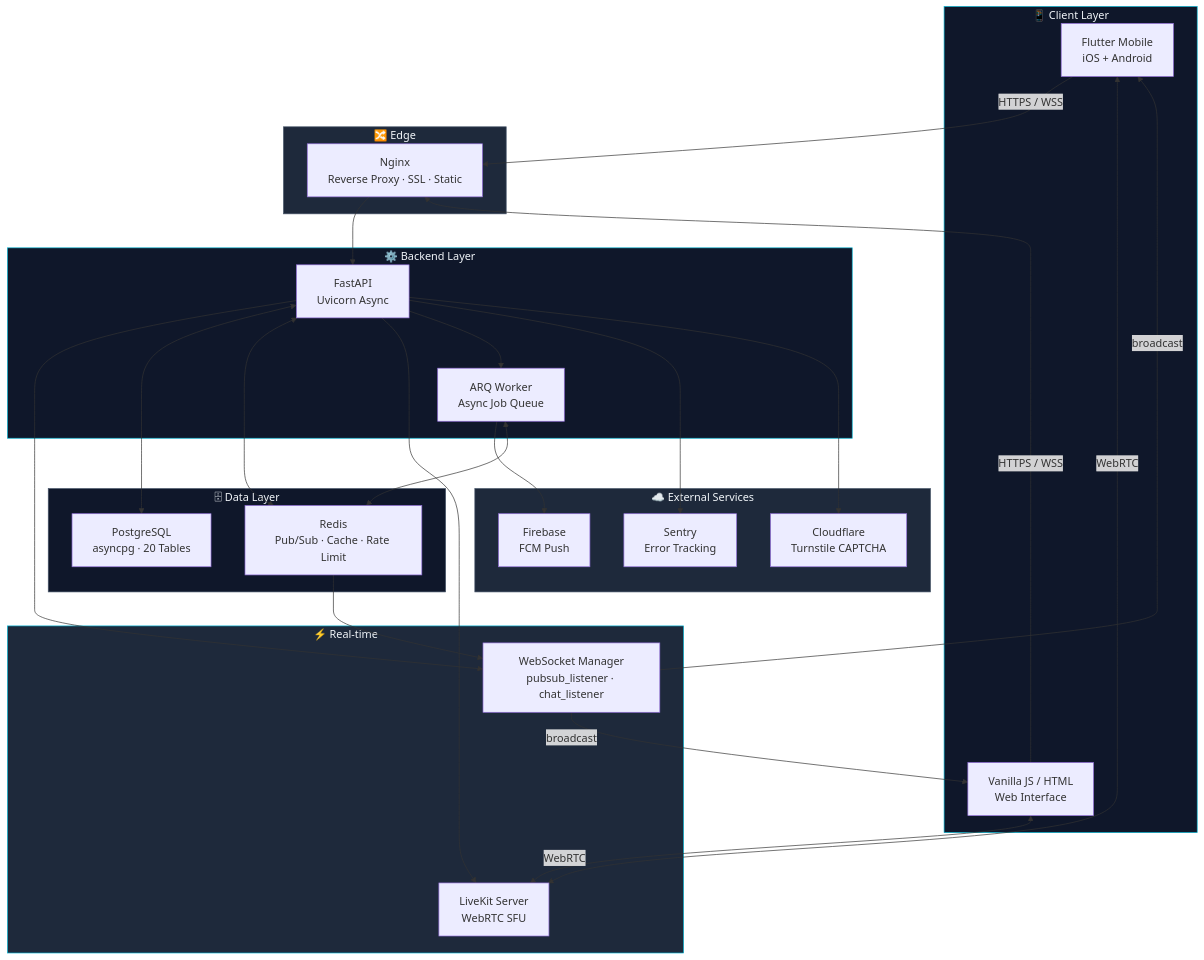
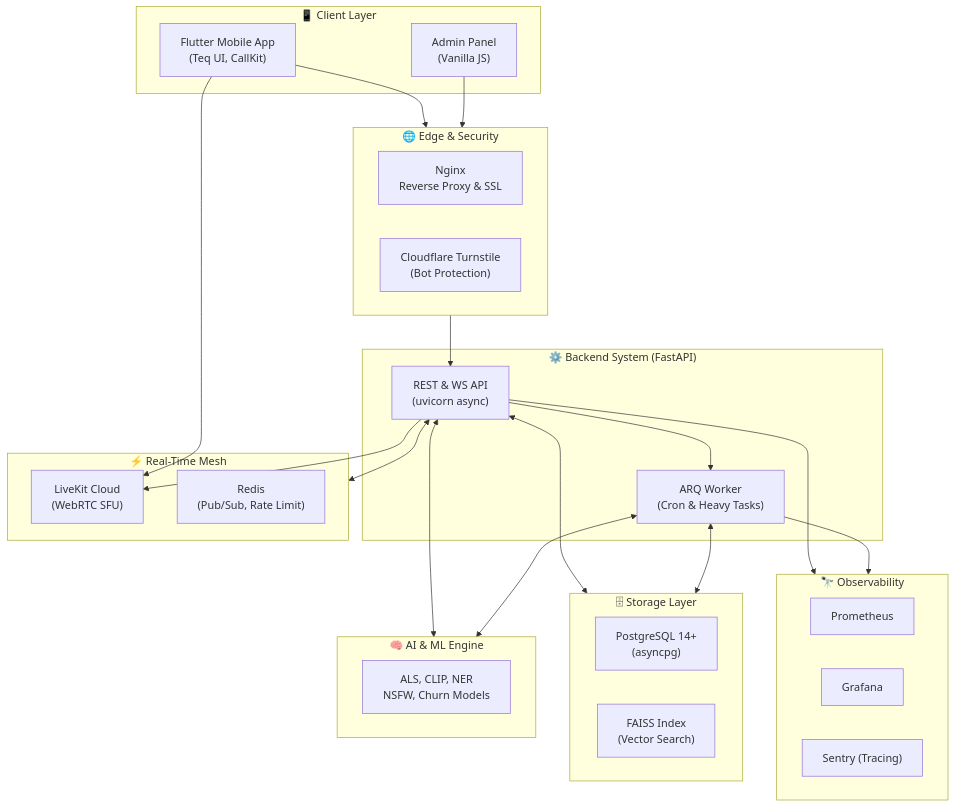
Before and after one commit to tucibeyin/teqlif: the diagram in README.md, drawn with Mermaid. The commit also changed other lines of this file, not shown here.

````diff
--- a/README.md
+++ b/README.md
@@ -45,57 +35,52 @@
 ```mermaid
 graph TB
     subgraph CLIENTS["📱 Client Layer"]
-        MOB["Flutter Mobile<br/>iOS + Android"]
-        WEB["Vanilla JS / HTML<br/>Web Interface"]
+        MOB["Flutter Mobile App\n(Teq UI, CallKit)"]
+        WEB["Admin Panel\n(Vanilla JS)"]
     end
 
-    subgraph EDGE["🔀 Edge"]
-        NGINX["Nginx<br/>Reverse Proxy · SSL · Static"]
+    subgraph EDGE["🌐 Edge & Security"]
+        NGINX["Nginx\nReverse Proxy & SSL"]
+        CF["Cloudflare Turnstile\n(Bot Protection)"]
     end
 
-    subgraph BACKEND["⚙️ Backend Layer"]
-        API["FastAPI<br/>Uvicorn Async"]
-        WORKER["ARQ Worker<br/>Async Job Queue"]
+    subgraph BACKEND["⚙️ Backend System (FastAPI)"]
+        API["REST & WS API\n(uvicorn async)"]
+        WORKER["ARQ Worker\n(Cron & Heavy Tasks)"]
     end
 
-    subgraph REALTIME["⚡ Real-time"]
-        WS["WebSocket Manager<br/>pubsub_listener · chat_listener"]
-        LK["LiveKit Server<br/>WebRTC SFU"]
+    subgraph REALTIME["⚡ Real-Time Mesh"]
+        LK["LiveKit Cloud\n(WebRTC SFU)"]
+        RD["Redis\n(Pub/Sub, Rate Limit)"]
     end
 
-    subgraph DATA["🗄 Data Layer"]
-        PG["PostgreSQL<br/>asyncpg · 20 Tables"]
-        RD["Redis<br/>Pub/Sub · Cache · Rate Limit"]
+    subgraph AI_ML["🧠 AI & ML Engine"]
+        MODELS["ALS, CLIP, NER\nNSFW, Churn Models"]
     end
 
-    subgraph EXTERNAL["☁️ External Services"]
-        FB["Firebase<br/>FCM Push"]
-        ST["Sentry<br/>Error Tracking"]
-        CF["Cloudflare<br/>Turnstile CAPTCHA"]
+    subgraph DATA["🗄 Storage Layer"]
+        PG["PostgreSQL 14+\n(asyncpg)"]
+        FAISS["FAISS Index\n(Vector Search)"]
     end
 
-    MOB -->|HTTPS / WSS| NGINX
-    WEB -->|HTTPS / WSS| NGINX
-    NGINX --> API
-    API --> WS
-    API <--> PG
-    API <--> RD
-    RD --> WS
-    WS -->|broadcast| MOB
-    WS -->|broadcast| WEB
+    subgraph OBSERVE["🔭 Observability"]
+        PROM["Prometheus"]
+        GRAF["Grafana"]
+        SENTRY["Sentry (Tracing)"]
+    end
+
+    MOB --> EDGE
+    WEB --> EDGE
+    EDGE --> API
+    API --> WORKER
+    API <--> REALTIME
+    API <--> AI_ML
+    API <--> DATA
+    WORKER <--> AI_ML
+    WORKER <--> DATA
+    
+    API --> OBSERVE
+    WORKER --> OBSERVE
+    MOB --> LK
     API --> LK
-    MOB <-->|WebRTC| LK
-    WEB <-->|WebRTC| LK
-    WORKER --> FB
-    WORKER <--> RD
-    API --> WORKER
-    API --> ST
-    API --> CF
-
-    style CLIENTS fill:#0F172A,stroke:#06B6D4,color:#F1F5F9
-    style EDGE fill:#1E293B,stroke:#475569,color:#F1F5F9
-    style BACKEND fill:#0F172A,stroke:#06B6D4,color:#F1F5F9
-    style REALTIME fill:#1E293B,stroke:#06B6D4,color:#F1F5F9
-    style DATA fill:#0F172A,stroke:#475569,color:#F1F5F9
-    style EXTERNAL fill:#1E293B,stroke:#475569,color:#F1F5F9
 ```
````
